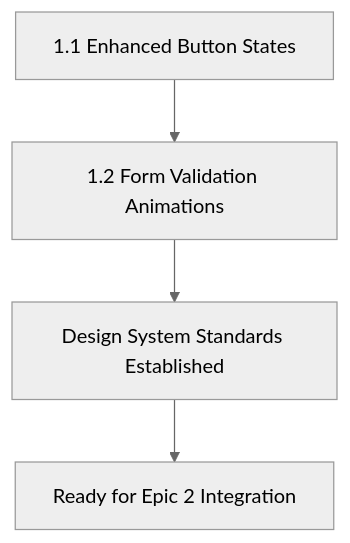
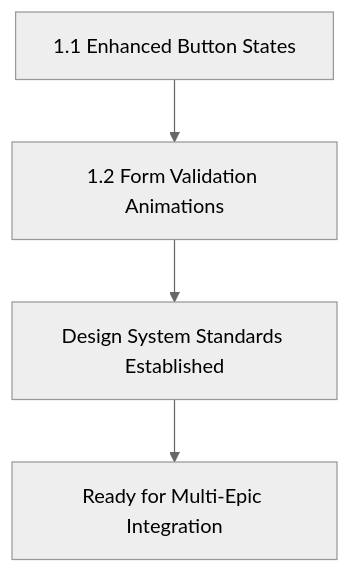
Before and after one commit to springfield-commonwealth/sciss-client: the first of 3 diagrams in docs/stories/EPIC-DEPENDENCIES-MAP.md, drawn with Mermaid (neutral theme). The commit also changed other lines of this file and 24 other files, not shown here.

````diff
--- a/docs/stories/EPIC-DEPENDENCIES-MAP.md
+++ b/docs/stories/EPIC-DEPENDENCIES-MAP.md
@@ -124,6 +154,6 @@
 ```mermaid
 graph TD
     A[1.1 Enhanced Button States] --> B[1.2 Form Validation Animations]
     B --> C[Design System Standards Established]
-    C --> D[Ready for Epic 2 Integration]
+    C --> D[Ready for Multi-Epic Integration]
 ```
````
